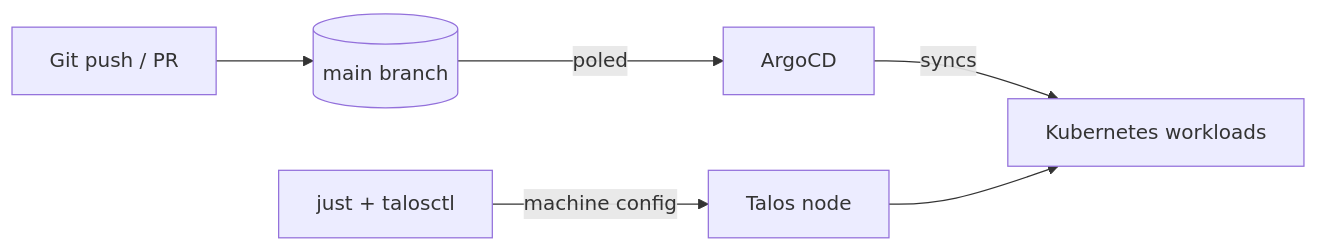
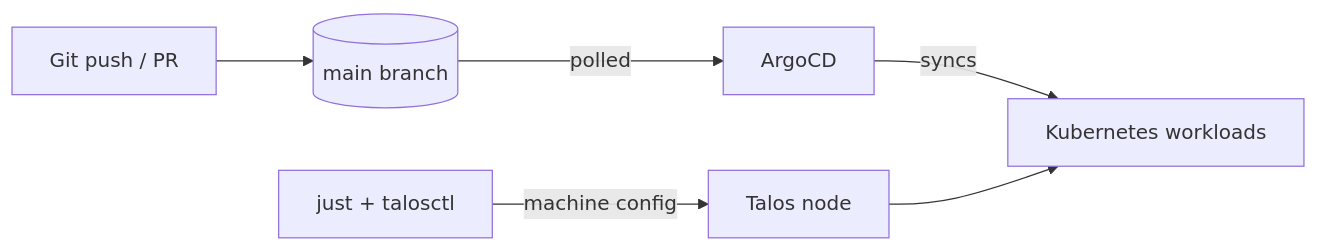
The diagram in README.md (lcampit/zion), drawn with Mermaid before and after one commit. The commit also changed other lines of this file and 2 other files, not shown here.

````diff
--- a/README.md
+++ b/README.md
@@ -24,8 +25,8 @@
 ```mermaid
 flowchart LR
   dev[Git push / PR] --> main[(main branch)]
-  main -->|poled| argo[ArgoCD]
+  main -->|polled| argo[ArgoCD]
   argo -->|syncs| k8s[Kubernetes workloads]
   just[just + talosctl] -->|machine config| talos[Talos node]
   talos --> k8s
 ```
````
